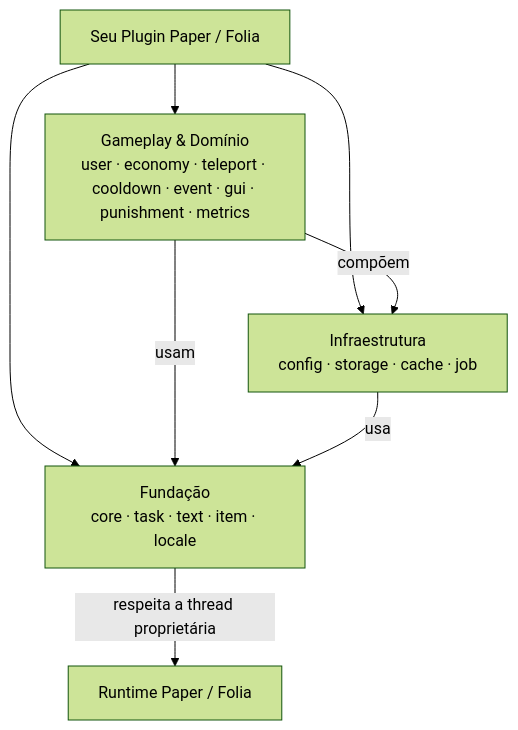
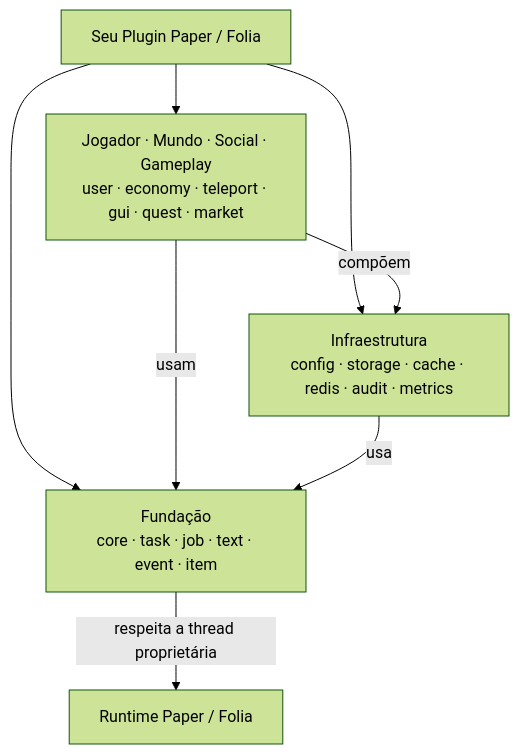
One commit to HanielCota/Cotani changed the diagram in README.pt-BR.md. Above: the diagram before and after it, drawn with Mermaid (forest theme). The commit also changed other lines of this file and 3 other files, not shown here.

````diff
--- a/README.pt-BR.md
+++ b/README.pt-BR.md
@@ -177,16 +195,16 @@
 ```mermaid
 flowchart TB
     Plugin["Seu Plugin Paper / Folia"]
-    Features["Gameplay & Domínio<br/>user · economy · teleport · cooldown · event · gui · punishment · metrics"]
-    Infrastructure["Infraestrutura<br/>config · storage · cache · job"]
-    Foundation["Fundação<br/>core · task · text · item · locale"]
+    Features["Jogador · Mundo · Social · Gameplay<br/>user · economy · teleport · gui · quest · market"]
+    Infrastructure["Infraestrutura<br/>config · storage · cache · redis · audit · metrics"]
+    Foundation["Fundação<br/>core · task · job · text · event · item"]
     Runtime["Runtime Paper / Folia"]
 
     Plugin --> Features
     Plugin --> Infrastructure
     Plugin --> Foundation
     Features -->|compõem| Infrastructure
     Features -->|usam| Foundation
     Infrastructure -->|usa| Foundation
     Foundation -->|respeita a thread proprietária| Runtime
 ```
````
